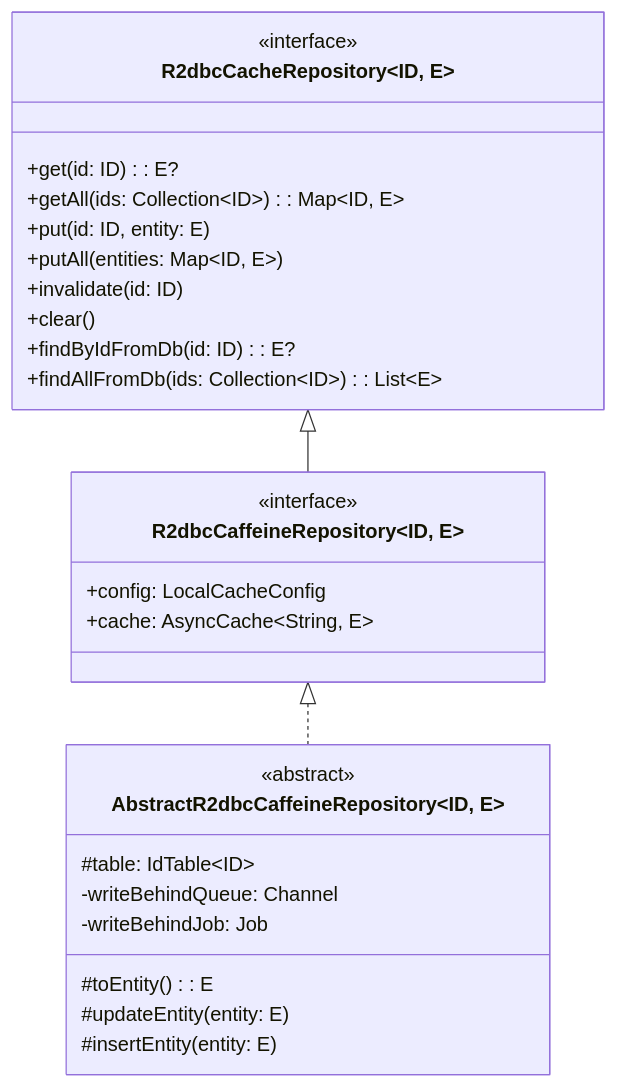
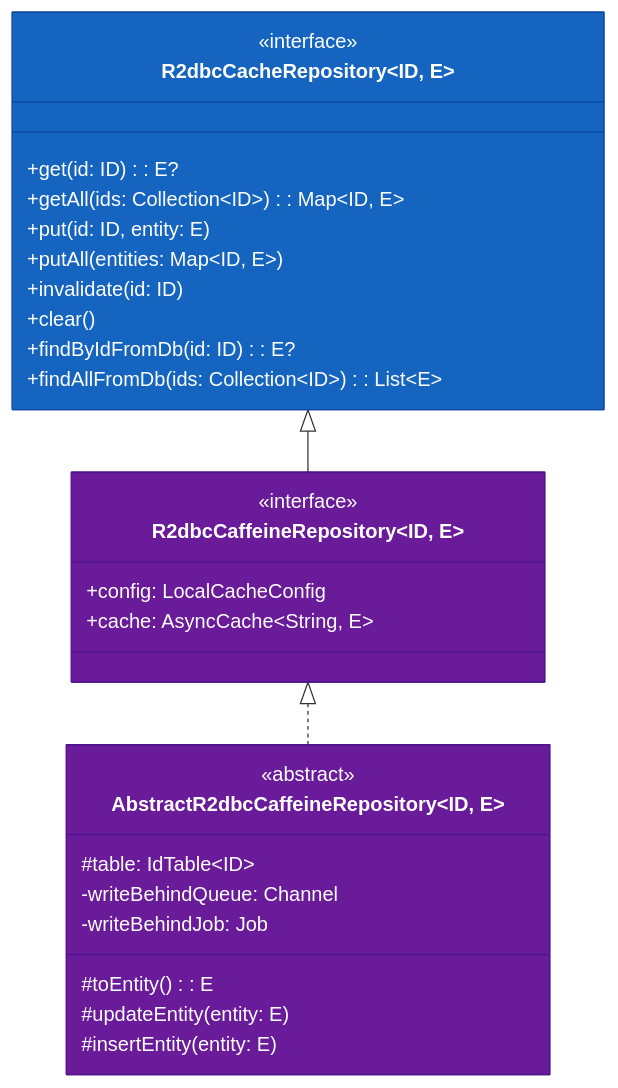
One commit to bluetape4k/bluetape4k-projects changed the first of 2 diagrams in data/exposed-r2dbc-caffeine/README.ko.md. Above: the diagram before and after it, drawn with Mermaid. The commit also changed other lines of this file and 221 other files, not shown here.

First line of the commit message:
docs: 전체 모듈 README UML 다이어그램 보강 및 색상 업그레이드

````diff
--- a/data/exposed-r2dbc-caffeine/README.ko.md
+++ b/data/exposed-r2dbc-caffeine/README.ko.md
@@ -11,35 +11,39 @@
 ```mermaid
 classDiagram
     direction TB
 
     class R2dbcCacheRepository~ID, E~ {
         <<interface>>
         +get(id: ID): E?
         +getAll(ids: Collection~ID~): Map~ID, E~
         +put(id: ID, entity: E)
         +putAll(entities: Map~ID, E~)
         +invalidate(id: ID)
         +clear()
         +findByIdFromDb(id: ID): E?
         +findAllFromDb(ids: Collection~ID~): List~E~
     }
 
     class R2dbcCaffeineRepository~ID, E~ {
         <<interface>>
         +config: LocalCacheConfig
         +cache: AsyncCache~String, E~
     }
 
     class AbstractR2dbcCaffeineRepository~ID, E~ {
         <<abstract>>
         #table: IdTable~ID~
         #toEntity(): E
         #updateEntity(entity: E)
         #insertEntity(entity: E)
         -writeBehindQueue: Channel
         -writeBehindJob: Job
     }
 
     R2dbcCacheRepository <|-- R2dbcCaffeineRepository
     R2dbcCaffeineRepository <|.. AbstractR2dbcCaffeineRepository
+
+    style R2dbcCacheRepository fill:#1565C0,stroke:#0D47A1,color:#FFFFFF
+    style R2dbcCaffeineRepository fill:#6A1B9A,stroke:#4A148C,color:#FFFFFF
+    style AbstractR2dbcCaffeineRepository fill:#6A1B9A,stroke:#4A148C,color:#FFFFFF
 ```
````
